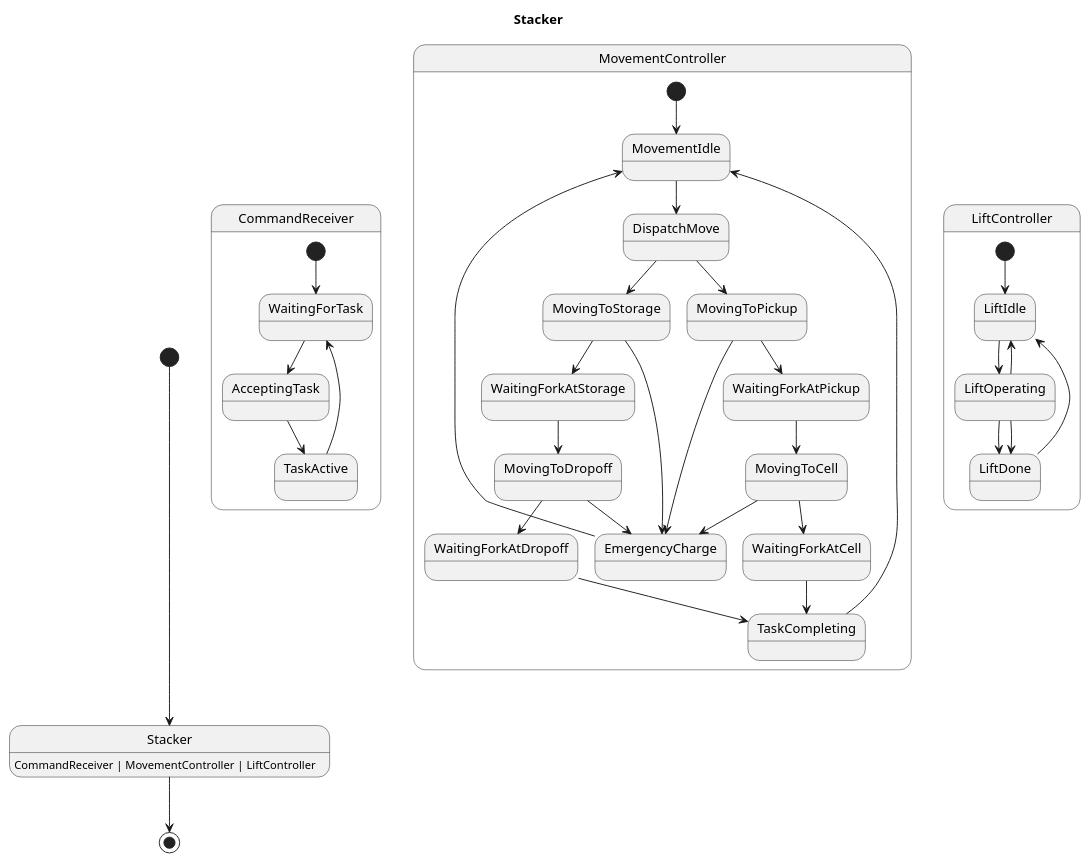
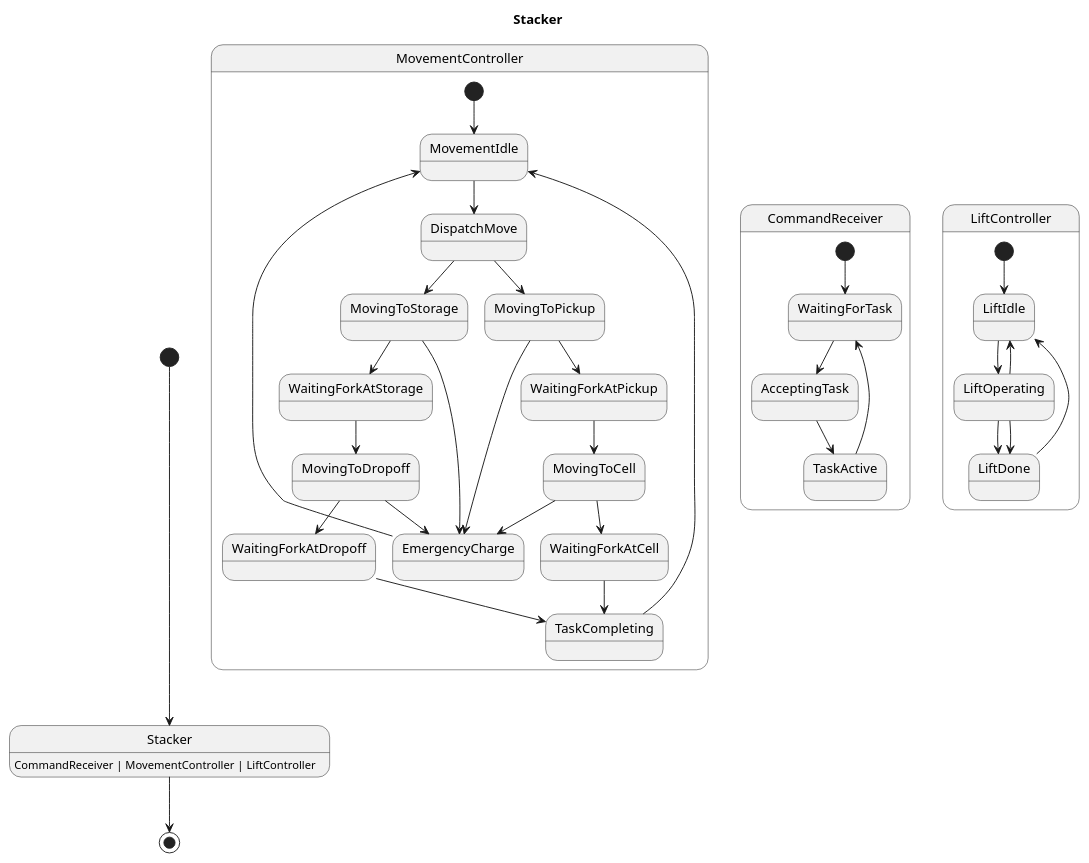
Before and after one commit to Pastor/Takt: the diagram in examples/generated/plantuml/stacker.puml, drawn with PlantUML. The commit also changed other lines of this file and 11 other files, not shown here.

```diff
--- a/examples/generated/plantuml/stacker.puml
+++ b/examples/generated/plantuml/stacker.puml
@@ -1,45 +1,45 @@
 @startuml
 title Stacker
 
 [*] --> Stacker
 Stacker : CommandReceiver | MovementController | LiftController
 Stacker --> [*]
 
+state MovementController {
+    [*] --> MovementIdle
+    MovementIdle --> DispatchMove
+    MovingToStorage --> WaitingForkAtStorage
+    MovingToStorage --> EmergencyCharge
+    MovingToPickup --> WaitingForkAtPickup
+    MovingToPickup --> EmergencyCharge
+    MovingToDropoff --> WaitingForkAtDropoff
+    MovingToDropoff --> EmergencyCharge
+    WaitingForkAtCell --> TaskCompleting
+    WaitingForkAtPickup --> MovingToCell
+    EmergencyCharge --> MovementIdle
+    WaitingForkAtDropoff --> TaskCompleting
+    TaskCompleting --> MovementIdle
+    MovingToCell --> WaitingForkAtCell
+    MovingToCell --> EmergencyCharge
+    DispatchMove --> MovingToPickup
+    DispatchMove --> MovingToStorage
+    WaitingForkAtStorage --> MovingToDropoff
+}
+
 state CommandReceiver {
     [*] --> WaitingForTask
+    TaskActive --> WaitingForTask
     AcceptingTask --> TaskActive
     WaitingForTask --> AcceptingTask
-    TaskActive --> WaitingForTask
-}
-
-state MovementController {
-    [*] --> MovementIdle
-    MovingToStorage --> WaitingForkAtStorage
-    MovingToStorage --> EmergencyCharge
-    DispatchMove --> MovingToPickup
-    DispatchMove --> MovingToStorage
-    WaitingForkAtCell --> TaskCompleting
-    MovingToDropoff --> WaitingForkAtDropoff
-    MovingToDropoff --> EmergencyCharge
-    MovementIdle --> DispatchMove
-    WaitingForkAtDropoff --> TaskCompleting
-    EmergencyCharge --> MovementIdle
-    MovingToPickup --> WaitingForkAtPickup
-    MovingToPickup --> EmergencyCharge
-    WaitingForkAtStorage --> MovingToDropoff
-    TaskCompleting --> MovementIdle
-    WaitingForkAtPickup --> MovingToCell
-    MovingToCell --> WaitingForkAtCell
-    MovingToCell --> EmergencyCharge
 }
 
 state LiftController {
     [*] --> LiftIdle
     LiftIdle --> LiftOperating
     LiftDone --> LiftIdle
     LiftOperating --> LiftDone
     LiftOperating --> LiftDone
     LiftOperating --> LiftIdle
 }
 
 @enduml
```
